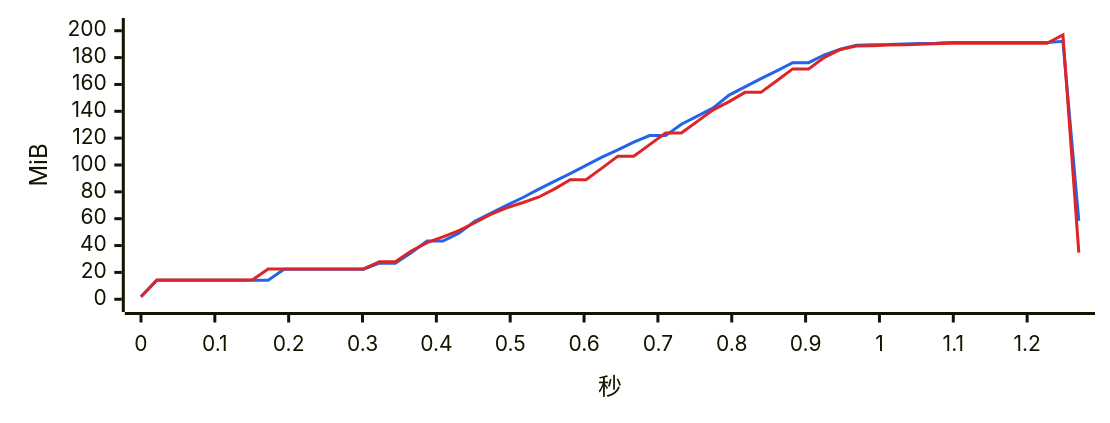
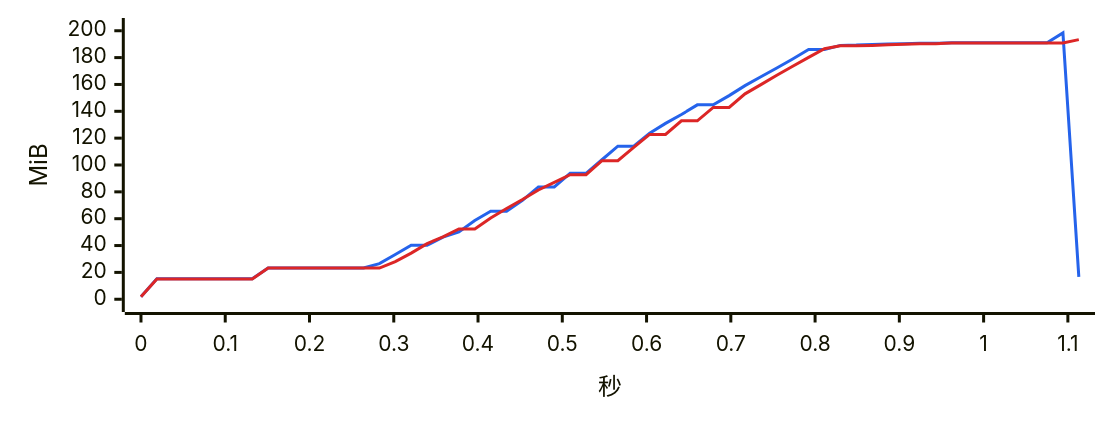
Before and after one commit to 334456777/WeFlow: diagram 12 of 17 in bench/v2.0.0/summary.md, drawn with Mermaid. The commit also changed other lines of this file and 3 other files, not shown here.

````diff
--- a/bench/v2.0.0/summary.md
+++ b/bench/v2.0.0/summary.md
@@ -411,8 +408,8 @@
 ```mermaid
 %%{init: {"xyChart": {"width": 720, "height": 260}, "themeVariables": {"xyChart": {"plotColorPalette": "#2563eb, #dc2626"}}}}%%
 xychart-beta
-    x-axis "秒" 0 --> 1.27
+    x-axis "秒" 0 --> 1.113
     y-axis "MiB" 0 --> 200
-    line [1.8, 14.2, 14.2, 14.2, 14.2, 14.2, 14.2, 14.2, 14.2, 22.4, 22.4, 22.4, 22.4, 22.4, 22.4, 26.9, 26.9, 34.7, 43.4, 43.4, 49.2, 58.0, 63.9, 70.0, 75.6, 81.8, 87.8, 93.6, 99.7, 105.8, 111.2, 117.1, 121.9, 121.9, 130.4, 136.4, 142.5, 152.1, 158.2, 164.3, 170.1, 176.2, 176.2, 182.1, 186.2, 189.2, 189.5, 189.7, 190.2, 190.5, 190.7, 191.2, 191.2, 191.2, 191.2, 191.2, 191.2, 191.2, 192.1, 58.4]
-    line [1.8, 14.4, 14.4, 14.4, 14.4, 14.4, 14.4, 14.4, 22.6, 22.6, 22.6, 22.6, 22.6, 22.6, 22.6, 28.0, 28.0, 36.0, 42.2, 46.4, 51.1, 57.0, 63.2, 68.1, 71.9, 76.0, 82.0, 89.0, 89.0, 97.7, 106.6, 106.6, 115.2, 123.8, 123.8, 132.5, 141.1, 147.2, 154.1, 154.1, 162.7, 171.6, 171.6, 180.2, 186.1, 188.6, 188.9, 189.4, 189.6, 189.9, 190.4, 190.7, 190.7, 190.7, 190.7, 190.7, 190.7, 190.7, 196.9, 34.8]
+    line [1.8, 15.2, 15.2, 15.2, 15.2, 15.2, 15.2, 15.2, 23.3, 23.3, 23.3, 23.3, 23.3, 23.3, 23.3, 26.5, 33.3, 40.2, 40.2, 46.3, 50.2, 58.7, 65.6, 65.6, 73.7, 83.7, 83.7, 93.8, 93.8, 103.9, 114.0, 114.0, 123.7, 131.0, 137.6, 144.8, 144.8, 151.7, 159.1, 165.7, 172.3, 179.0, 186.0, 186.0, 189.1, 189.3, 189.8, 190.1, 190.4, 190.6, 190.6, 191.1, 191.1, 191.1, 191.1, 191.1, 191.1, 191.1, 198.4, 16.6]
+    line [1.8, 15.1, 15.1, 15.1, 15.1, 15.1, 15.1, 15.1, 23.2, 23.2, 23.2, 23.2, 23.2, 23.2, 23.2, 23.2, 28.1, 34.4, 41.4, 46.5, 52.4, 52.4, 60.5, 67.6, 74.3, 81.4, 87.0, 92.8, 92.8, 103.2, 103.2, 113.1, 122.8, 122.8, 132.9, 132.9, 142.9, 142.9, 153.0, 159.9, 166.9, 173.6, 180.2, 186.6, 188.8, 188.8, 189.1, 189.6, 189.9, 190.4, 190.4, 190.9, 190.9, 190.9, 190.9, 190.9, 190.9, 190.9, 190.9, 193.4]
 ```
````
